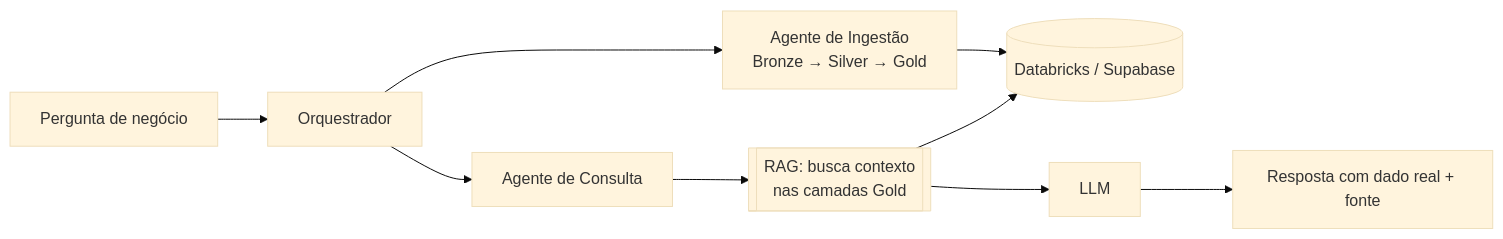
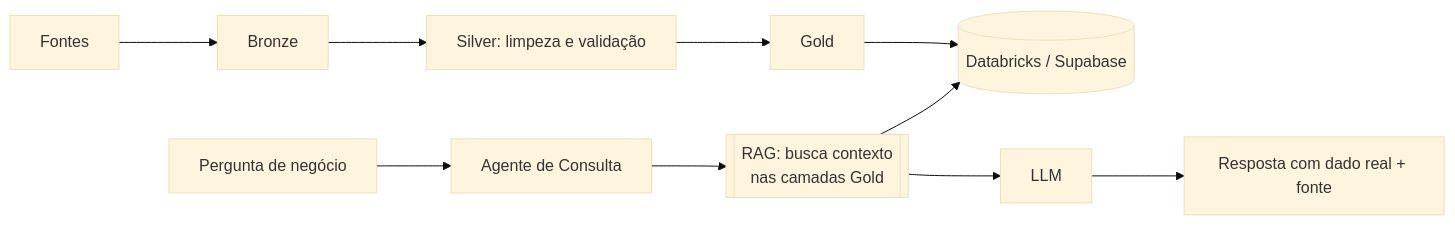
Before and after one commit to VitorSMarinho/VitorSMarinho: the diagram in README.md, drawn with Mermaid (base theme). The commit also changed other lines of this file, not shown here.

````diff
--- a/README.md
+++ b/README.md
@@ -29,11 +106,12 @@
 ```mermaid
 flowchart LR
-    P[Pergunta de negócio] --> M[Orquestrador]
-    M --> A1[Agente de Ingestão\nBronze → Silver → Gold]
-    M --> A2[Agente de Consulta]
-    A2 --> RAG[[RAG: busca contexto\nnas camadas Gold]]
-    A1 --> D[(Databricks / Supabase)]
+    F[Fontes] --> B[Bronze]
+    B --> S[Silver: limpeza e validação]
+    S --> G[Gold]
+    G --> D[(Databricks / Supabase)]
+    P[Pergunta de negócio] --> A[Agente de Consulta]
+    A --> RAG[[RAG: busca contexto\nnas camadas Gold]]
     RAG --> D
     RAG --> L[LLM]
     L --> R[Resposta com dado real + fonte]
 ```
````
